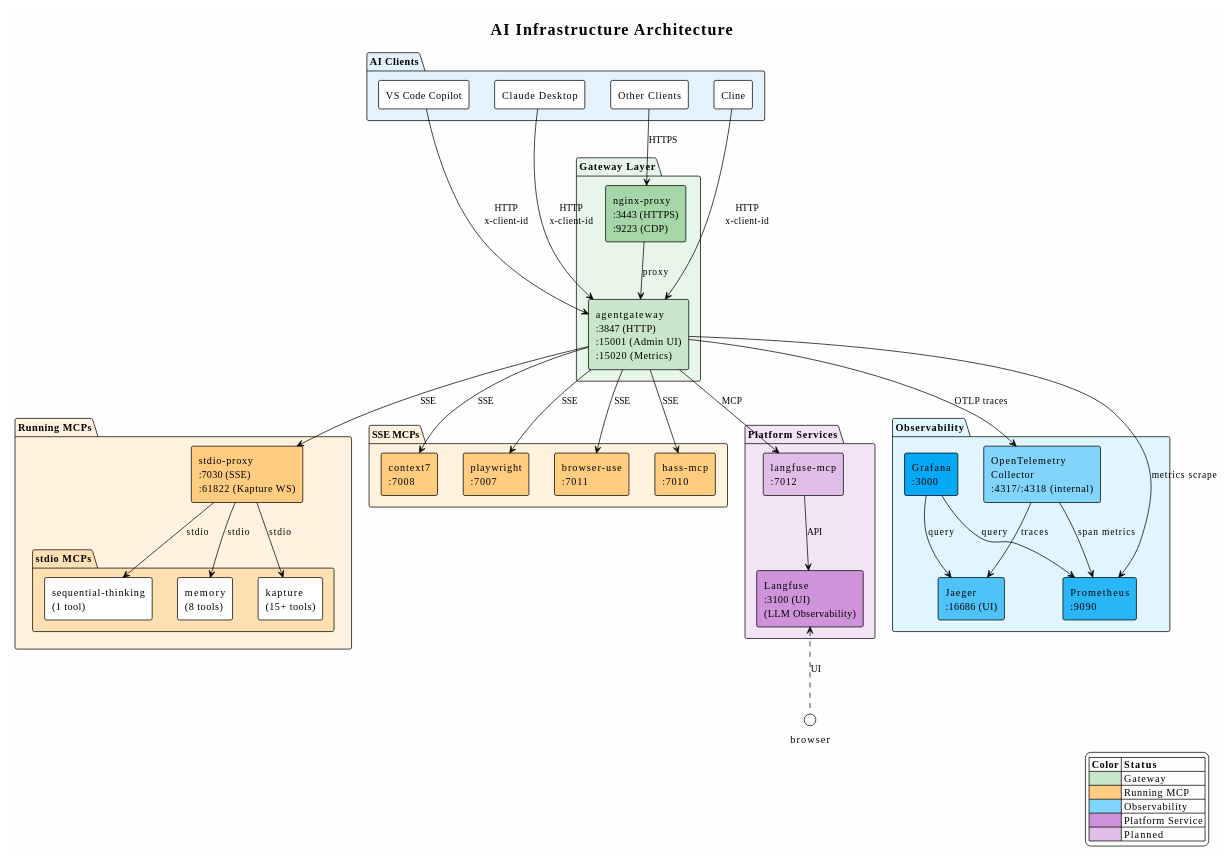
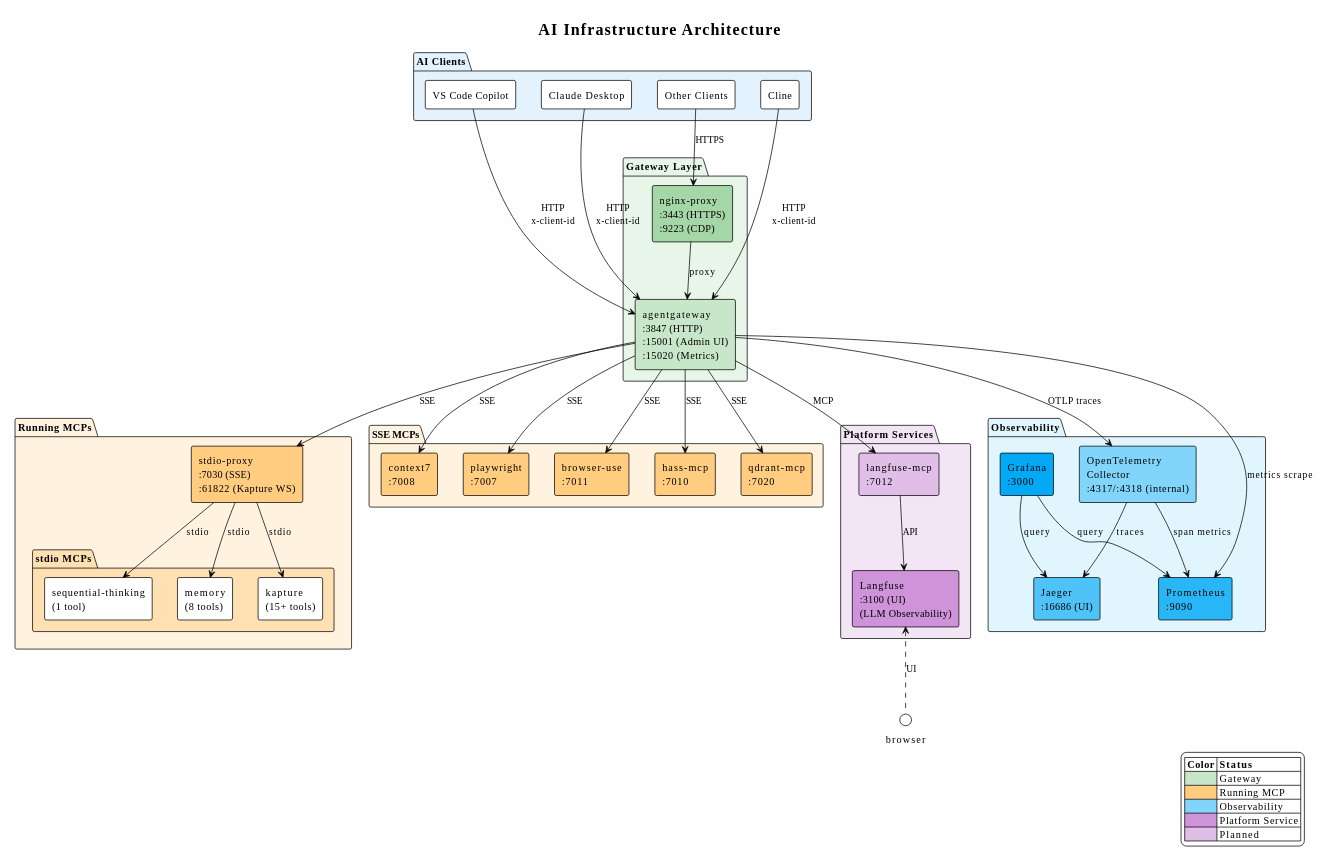
One commit to bobthearsonist/ai-infrastructure changed the first of 2 diagrams in README.md. Above: the diagram before and after it, drawn with PlantUML. The commit also changed other lines of this file and 2 other files, not shown here.

First line of the commit message:
docs: update documentation for qdrant-mcp and cross-platform client config

```diff
--- a/README.md
+++ b/README.md
@@ -44,6 +44,7 @@
   [playwright\n:7007] as playwright #FFCC80
   [browser-use\n:7011] as browser_use #FFCC80
   [hass-mcp\n:7010] as hass_mcp #FFCC80
+  [qdrant-mcp\n:7020] as qdrant_mcp #FFCC80
 }
 
 ' === Platform Services ===
@@ -76,6 +77,7 @@
 agentgateway --> playwright : SSE
 agentgateway --> browser_use : SSE
 agentgateway --> hass_mcp : SSE
+agentgateway --> qdrant_mcp : SSE
 agentgateway --> langfuse_mcp : MCP
 
 ' stdio-proxy to stdio MCPs
```
